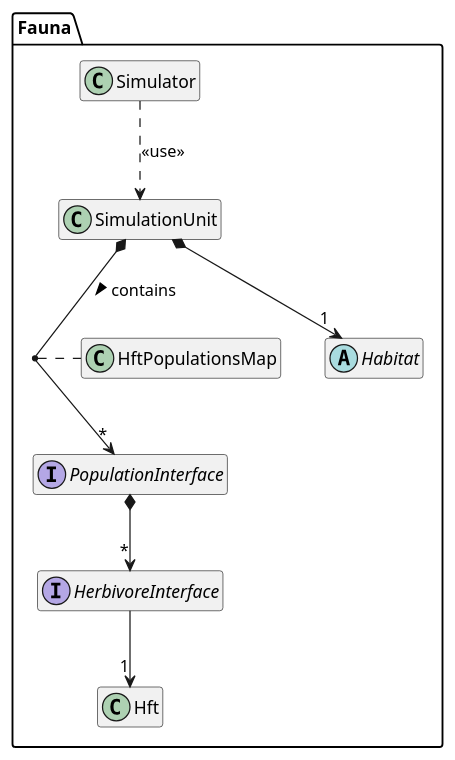
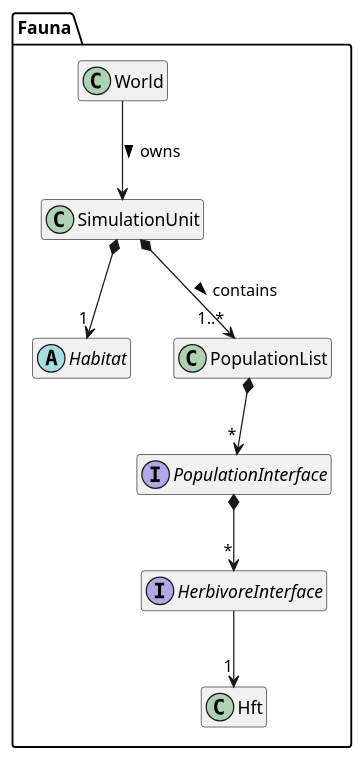
The seventh of 21 diagrams in docs/diagrams.iuml (wtraylor/modular_megafauna_model), drawn with PlantUML before and after one commit.

Commit message:
Rework diagram important_classes

```diff
--- a/docs/diagrams.iuml
+++ b/docs/diagrams.iuml
@@ -174,20 +174,19 @@
 @startuml (id=important_classes)
-	hide members
-	hide methods
-
-	namespace Fauna{
-		class Simulator
-		abstract Habitat
-		interface HerbivoreInterface
-		class Hft
-		interface PopulationInterface
-		Simulator            ..> SimulationUnit : <<use>>
-		class SimulationUnit
-		SimulationUnit      *--> "1" Habitat
-		SimulationUnit      *--> "*" PopulationInterface : contains >
-		class HftPopulationsMap
-		(SimulationUnit, PopulationInterface) .. HftPopulationsMap
-		PopulationInterface *--> "*" HerbivoreInterface
-		HerbivoreInterface   --> "1" Hft
-	}
+  hide members
+  hide methods
+  namespace Fauna{
+    class World
+    abstract Habitat
+    interface HerbivoreInterface
+    class Hft
+    interface PopulationInterface
+    World            --> SimulationUnit : owns >
+    class SimulationUnit
+    SimulationUnit      *--> "1" Habitat
+    SimulationUnit      *--> "1..*" PopulationList : contains >
+    class PopulationList
+    PopulationList      *--> "*" PopulationInterface
+    PopulationInterface *--> "*" HerbivoreInterface
+    HerbivoreInterface   --> "1" Hft
+  }
 @enduml
```
